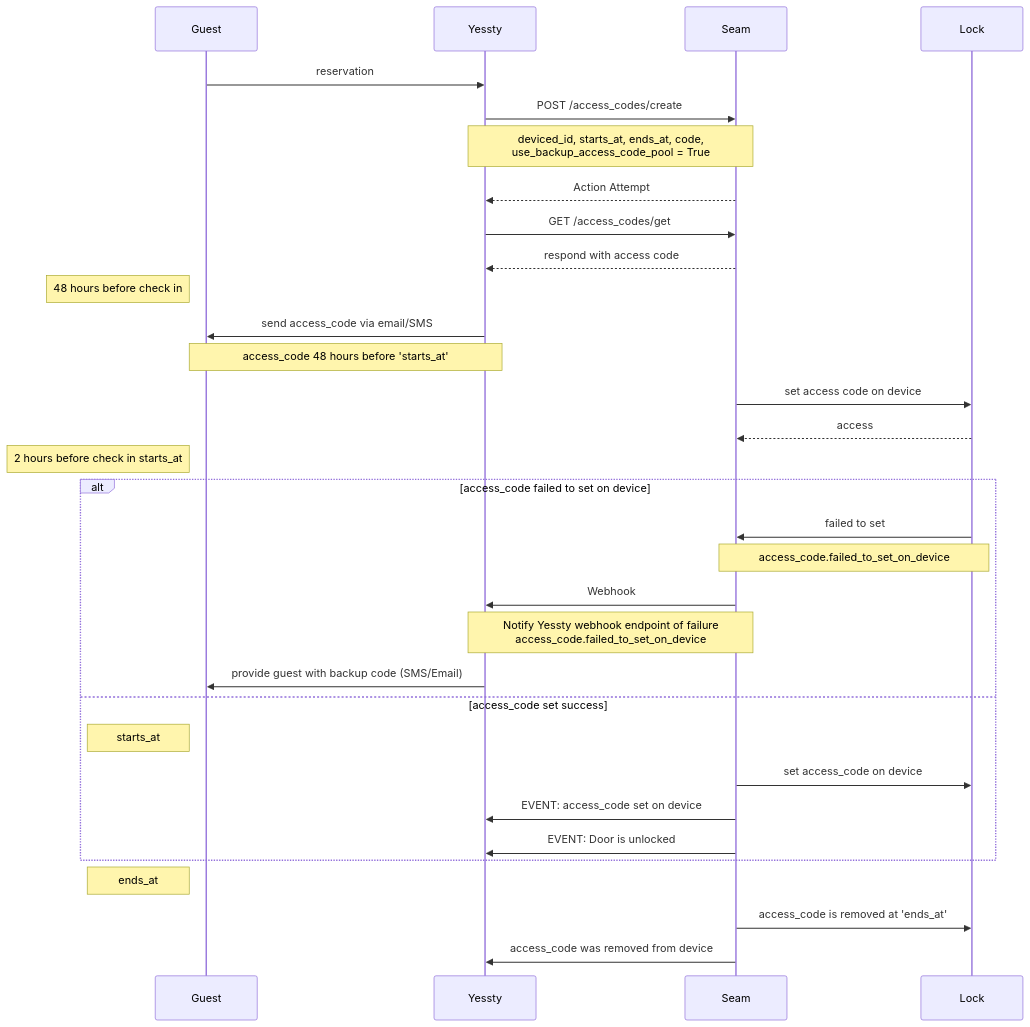
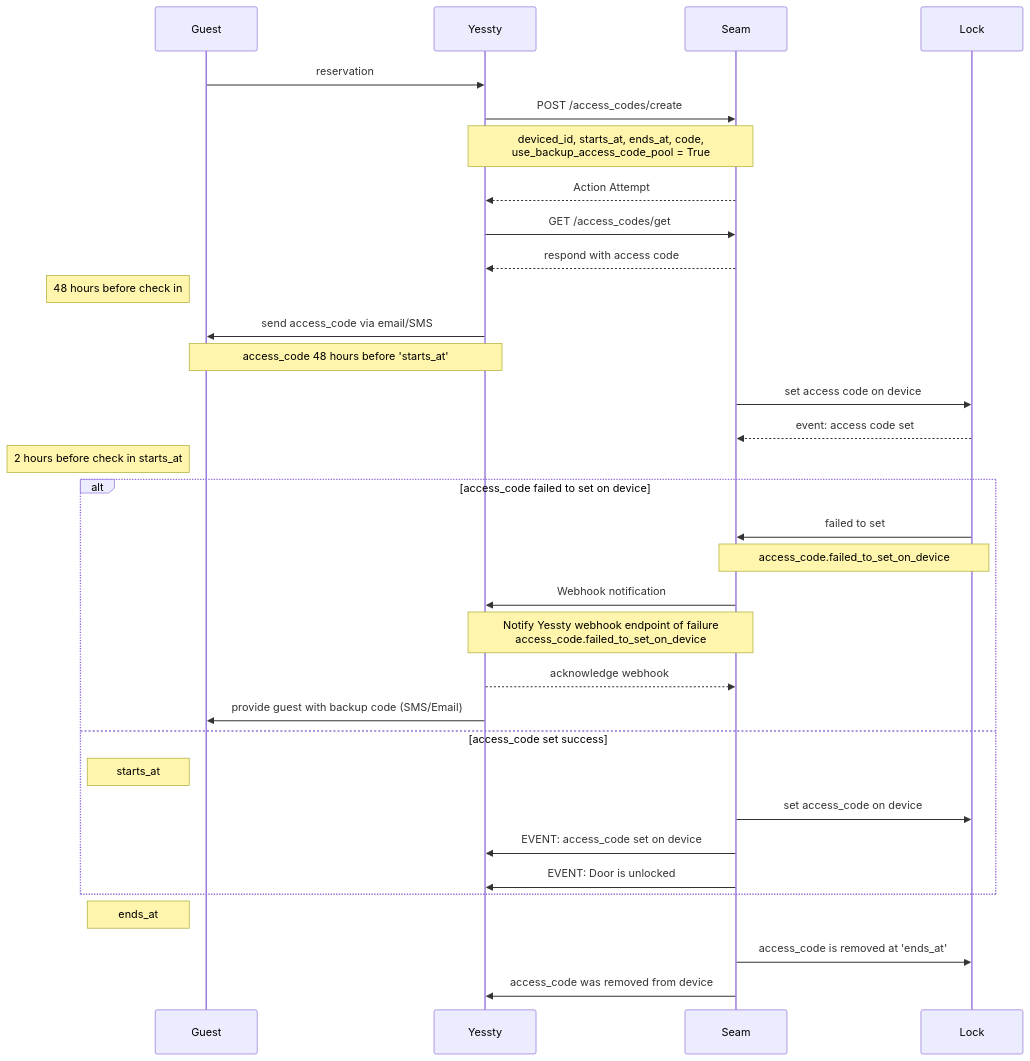
Before and after one commit to alexrigler/seam-demo: the diagram in mermaid.md, drawn with Mermaid. The commit also changed 1 other file, not shown here.

Commit message:
include code sample in readme

````diff
--- a/mermaid.md
+++ b/mermaid.md
@@ -1,36 +1,43 @@
 ```mermaid
 sequenceDiagram
     participant Guest
     participant Yessty
     participant Seam 
     participant Lock
+
     Guest->>Yessty: reservation
     Yessty->>Seam: POST /access_codes/create
+
     Note over Yessty,Seam: deviced_id, starts_at, ends_at, code, <br/> use_backup_access_code_pool = True
     Seam-->>Yessty: Action Attempt
     Yessty->>Seam: GET /access_codes/get
     Seam-->>Yessty: respond with access code
+
+    %% Yessty provides their guest with access code
     Note left of Guest: 48 hours before check in
     Yessty->>Guest: send access_code via email/SMS
     Note over Guest,Yessty: access_code 48 hours before 'starts_at'
     Seam->>Lock: set access code on device
-    Lock-->>Seam: access
+    Lock-->>Seam: event: access code set
+
+    %% if Yessty recieves webhook
     Note left of Guest: 2 hours before check in starts_at
     alt access_code failed to set on device
         Lock->>Seam: failed to set
         Note over Seam,Lock: access_code.failed_to_set_on_device
-        Seam->>Yessty: Webhook 
+        Seam->>Yessty: Webhook notification
         Note over Yessty,Seam: Notify Yessty webhook endpoint of failure <br/> access_code.failed_to_set_on_device
+        Yessty-->>Seam: acknowledge webhook 
         Yessty->>Guest: provide guest with backup code (SMS/Email)
 
     else access_code set success
         Note left of Guest: starts_at
         Seam->>Lock: set access_code on device
         Seam->>Yessty: EVENT: access_code set on device
         Seam->>Yessty: EVENT: Door is unlocked
 
     end
     Note left of Guest: ends_at
     Seam->>Lock: access_code is removed at 'ends_at'
     Seam->>Yessty: access_code was removed from device
 ```
````
